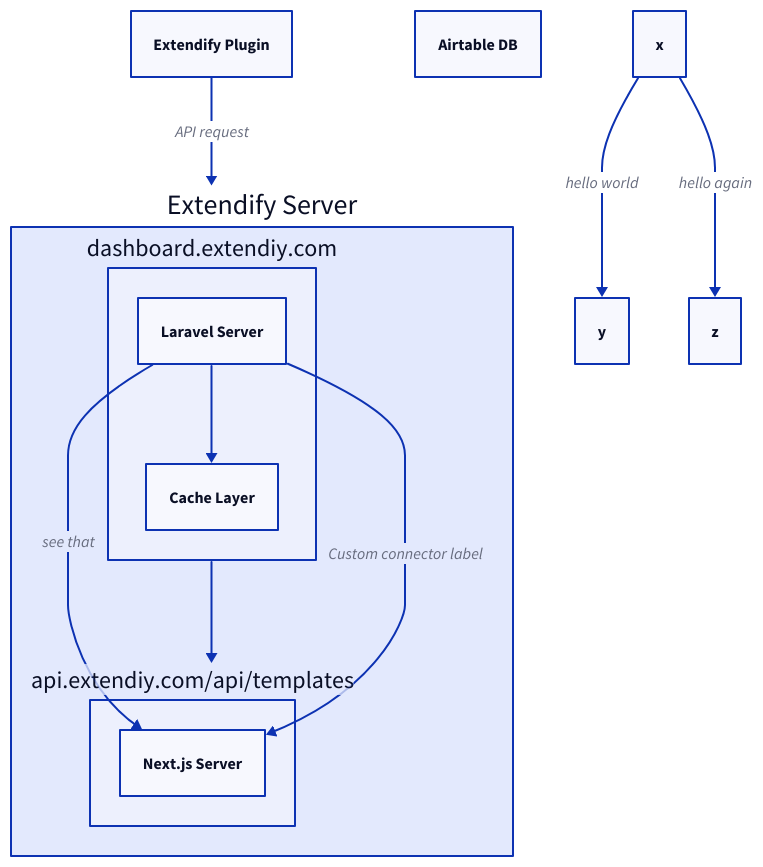
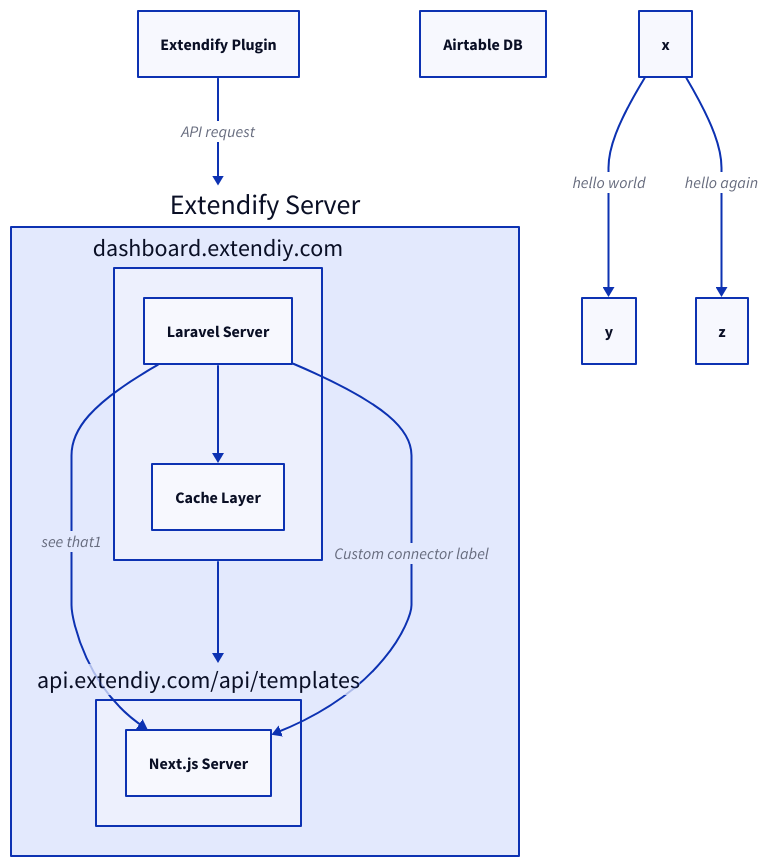
The diagram in d2/file.d2 (dgwyer/myapp), drawn with D2 before and after one commit.

Commit message:
try to render

```diff
--- a/d2/file.d2
+++ b/d2/file.d2
@@ -1,28 +1,28 @@
 a: Extendify Plugin
 e: Airtable DB
 
 extendifyServer: {
   label: Extendify Server
 
   dashboardServer: {
     label: dashboard.extendiy.com
     ls: Laravel Server
     cl: Cache Layer
 
     ls -> cl
   }
 
   apiServer:  {
     label: api.extendiy.com/api/templates
     nj: Next.js Server
 
-    _.dashboardServer.ls -> nj: see that
+    _.dashboardServer.ls -> nj: see that1
   }
 
   dashboardServer -> apiServer
   dashboardServer.ls -> apiServer.nj: Custom connector label
 }
 
 a -> extendifyServer: API request
 x -> y: hello world
 x -> z: hello again
```
